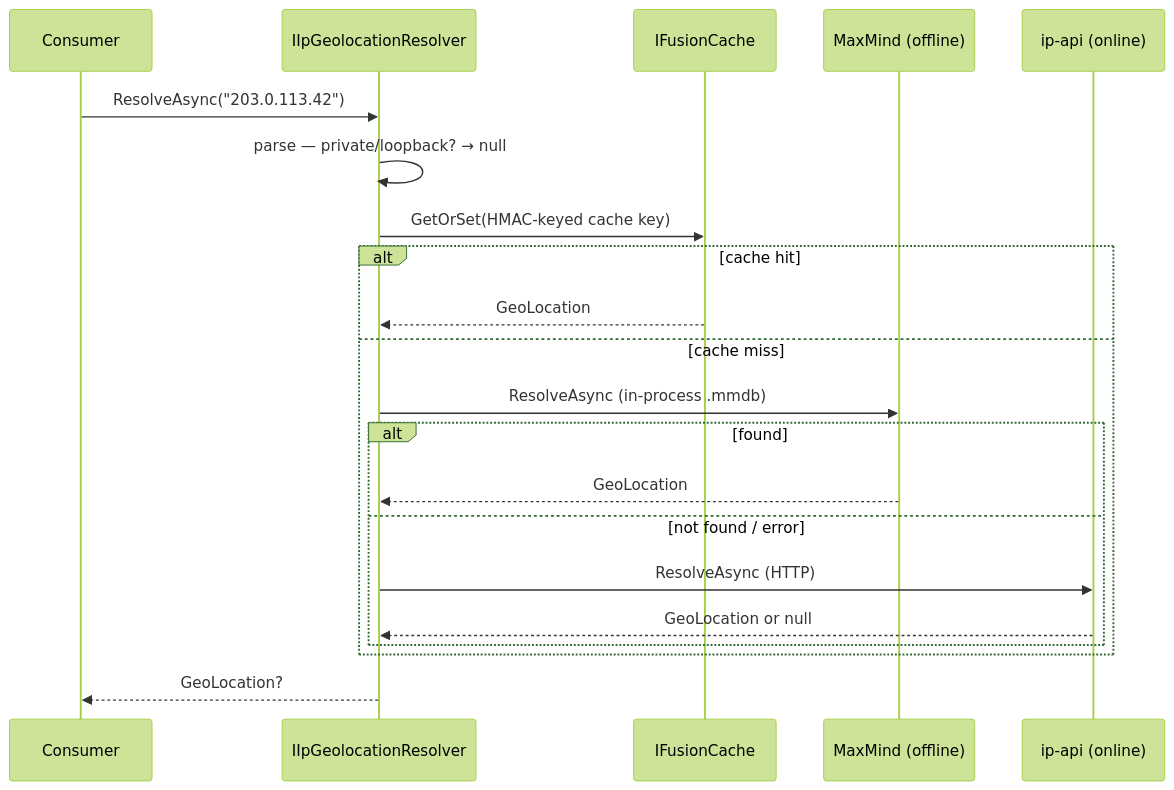
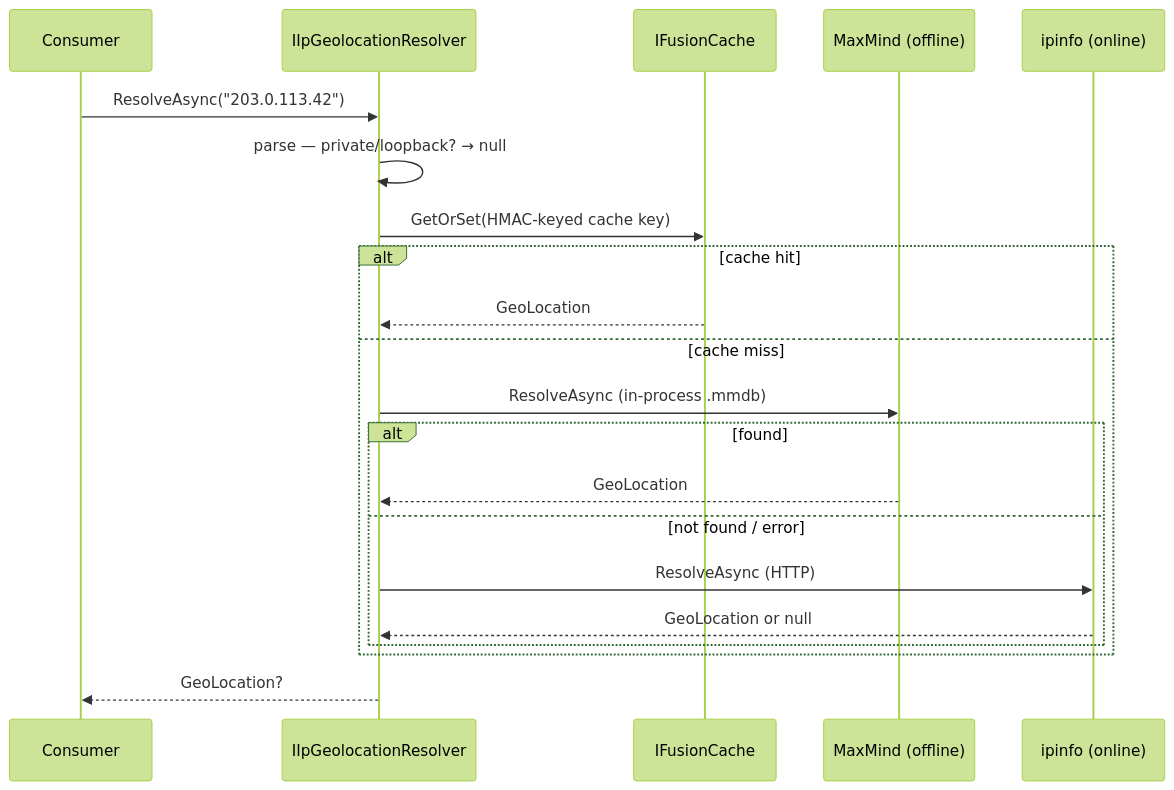
The diagram in src/content/docs/dotnet/security/ip-geolocation.mdx (granit-fx/granit-docs), drawn with Mermaid (forest theme) before and after one commit. The commit also changed other lines of this file and 3 other files, not shown here.

````diff
--- a/src/content/docs/dotnet/security/ip-geolocation.mdx
+++ b/src/content/docs/dotnet/security/ip-geolocation.mdx
@@ -216,24 +234,24 @@
 ```mermaid
 sequenceDiagram
     participant C as Consumer
     participant R as IIpGeolocationResolver
     participant Cache as IFusionCache
     participant P1 as MaxMind (offline)
-    participant P2 as ip-api (online)
+    participant P2 as ipinfo (online)
 
     C->>R: ResolveAsync("203.0.113.42")
     R->>R: parse — private/loopback? → null
     R->>Cache: GetOrSet(HMAC-keyed cache key)
     alt cache hit
         Cache-->>R: GeoLocation
     else cache miss
         R->>P1: ResolveAsync (in-process .mmdb)
         alt found
             P1-->>R: GeoLocation
         else not found / error
             R->>P2: ResolveAsync (HTTP)
             P2-->>R: GeoLocation or null
         end
     end
     R-->>C: GeoLocation?
 ```
````
